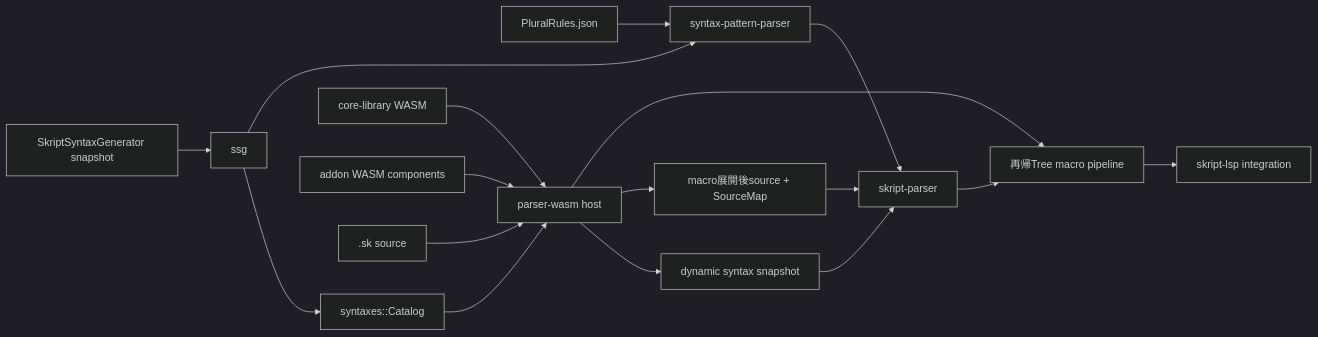
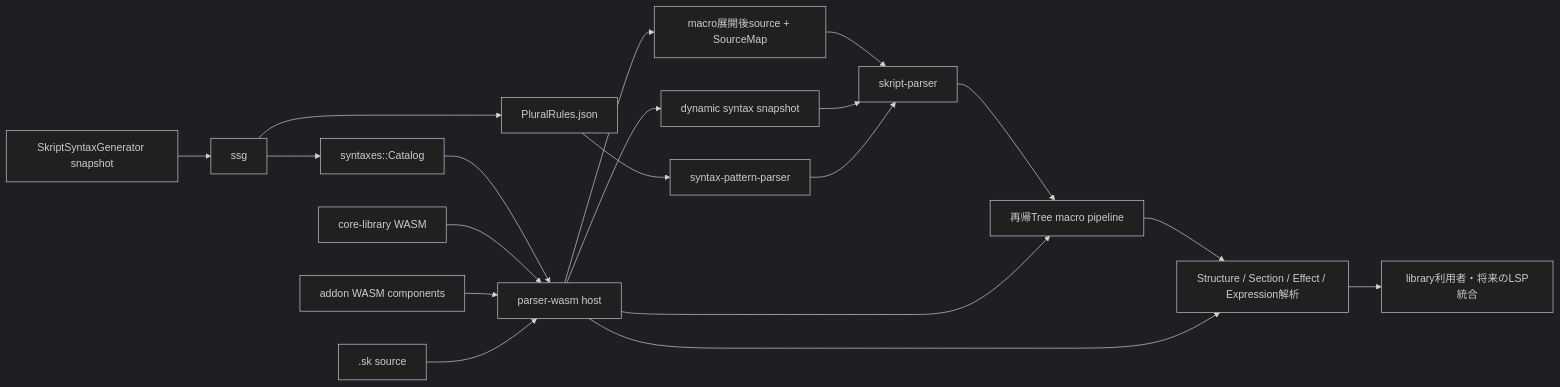
One commit to nlaocs/Skript-LSP changed the diagram in README.ja.md. Above: the diagram before and after it, drawn with Mermaid (dark theme). The commit also changed other lines of this file and 22 other files, not shown here.

````diff
--- a/README.ja.md
+++ b/README.ja.md
@@ -23,19 +26,21 @@
 ```mermaid
 flowchart LR
     SSG["SkriptSyntaxGenerator snapshot"] --> Loader["ssg"]
     Loader --> Catalog["syntaxes::Catalog"]
-    Rules["PluralRules.json"] --> Patterns["syntax-pattern-parser"]
-    Loader --> Patterns
+    Loader --> Rules["PluralRules.json"]
+    Rules --> Patterns["syntax-pattern-parser"]
     Catalog --> Host["parser-wasm host"]
     Core["core-library WASM"] --> Host
     Addons["addon WASM components"] --> Host
     Host --> Dynamic["dynamic syntax snapshot"]
     Source[".sk source"] --> Host
     Host --> Expanded["macro展開後source + SourceMap"]
     Expanded --> Parser["skript-parser"]
     Parser --> Tree["再帰Tree macro pipeline"]
     Host --> Tree
-    Tree --> LSP["skript-lsp integration"]
+    Tree --> Syntax["Structure / Section / Effect / Expression解析"]
+    Host --> Syntax
+    Syntax --> Consumers["library利用者・将来のLSP統合"]
     Dynamic --> Parser
     Patterns --> Parser
 ```
````
